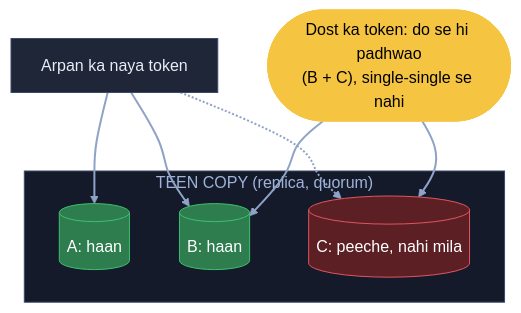
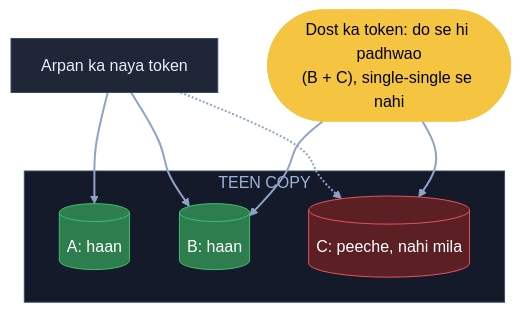
One commit to ArpanMaheshwari144/Prep changed the tenth of 14 diagrams in 04_HLD/SYSTEM_DESIGNS/01_url_shortener/01_url_shortener.md. Above: the diagram before and after it, drawn with Mermaid (base theme). The commit also changed other lines of this file and 21 other files, not shown here.

Commit message:
Diagram: saare label purani halat me (bracket wala kaam dobara, sirf kahani ke dohraaye shabd)

````diff
--- a/04_HLD/SYSTEM_DESIGNS/01_url_shortener/01_url_shortener.md
+++ b/04_HLD/SYSTEM_DESIGNS/01_url_shortener/01_url_shortener.md
@@ -369,21 +369,21 @@
 ```mermaid
 flowchart TB
     W["Arpan ka naya token"]:::card
-    subgraph CP["TEEN COPY (replica, quorum)"]
+    subgraph CP["TEEN COPY"]
         A[("A: haan")]:::good
         B[("B: haan")]:::good
         C[("C: peeche, nahi mila")]:::bad
     end
     D(["Dost ka token: do se hi padhwao<br/>(B + C), single-single se nahi"]):::pill
     W --> A
     W --> B
     W -.-> C
     D --> B
     D --> C
     linkStyle default stroke:#8fa3c7,stroke-width:2px
     classDef card fill:#1e2638,stroke:#3a4a6b,color:#e8ecf5
     classDef pill fill:#f5c542,stroke:#f5c542,color:#000
     classDef good fill:#2e7d4f,stroke:#3fbf6f,color:#fff
     classDef bad fill:#5c1f24,stroke:#e05561,color:#fff
     style CP fill:#141a29,stroke:#3a4a6b,color:#9fb3d9
 ```
````
